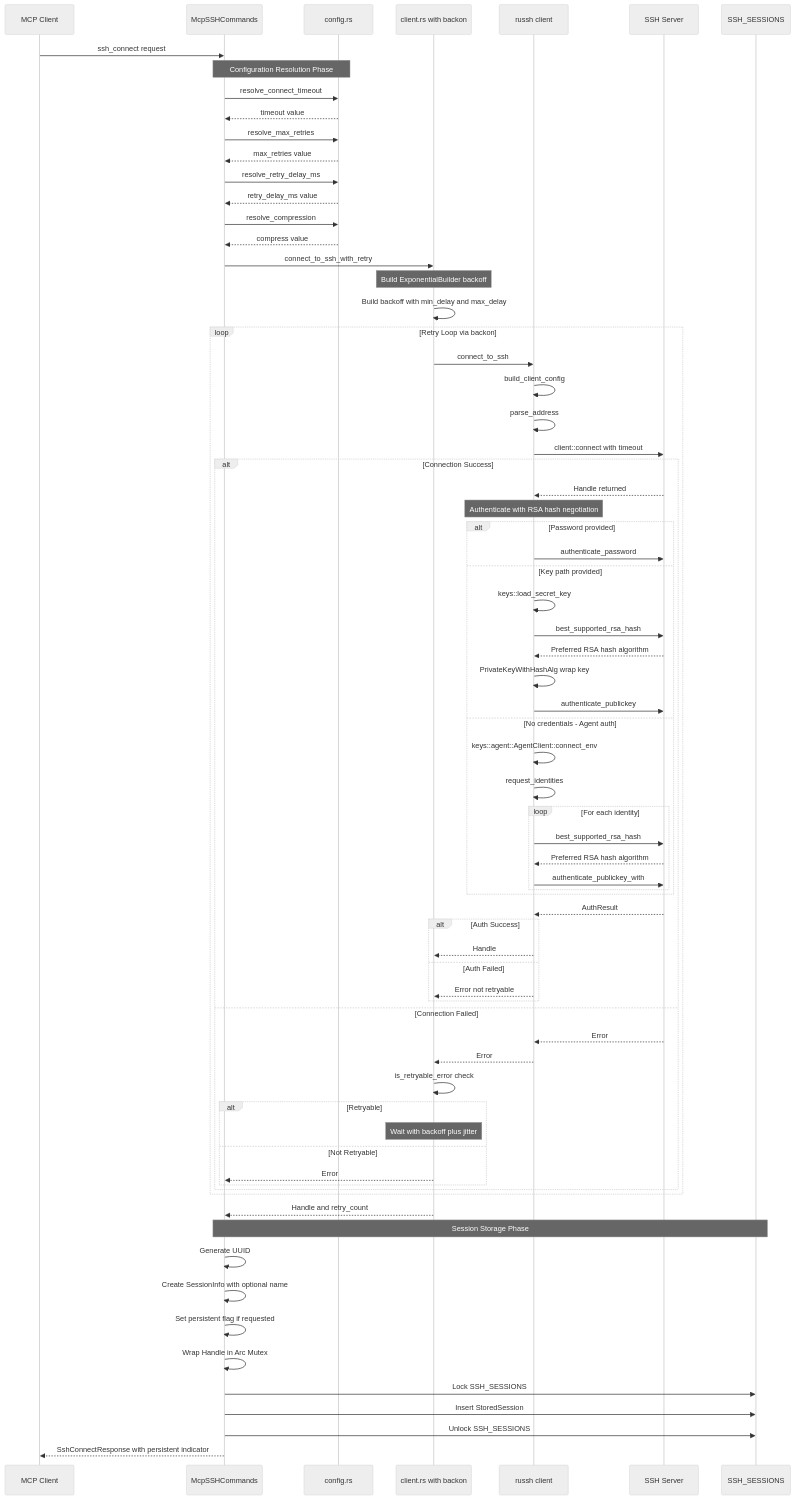
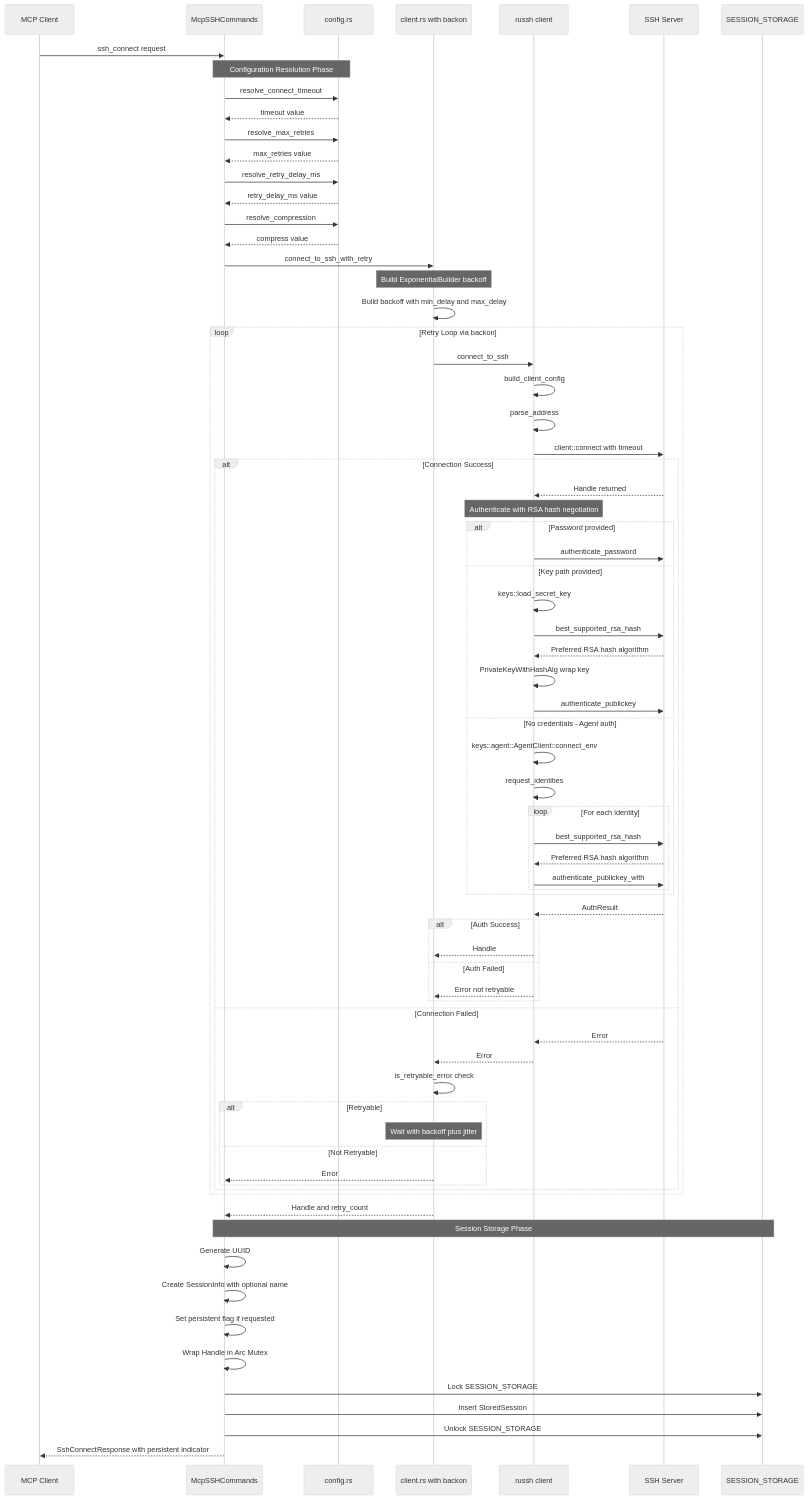
The second of 24 diagrams in docs/FLOWS.md (farchanjo/ssh-mcp), drawn with Mermaid (neutral theme) before and after one commit. The commit also changed other lines of this file and 2 other files, not shown here.

````diff
--- a/docs/FLOWS.md
+++ b/docs/FLOWS.md
@@ -88,7 +88,7 @@
     participant Retry as client.rs with backon
     participant SSH as russh client
     participant Server as SSH Server
-    participant Store as SSH_SESSIONS
+    participant Store as SESSION_STORAGE
 
     Client->>Cmd: ssh_connect request
 
@@ -157,9 +157,9 @@
     Cmd->>Cmd: Create SessionInfo with optional name
     Cmd->>Cmd: Set persistent flag if requested
     Cmd->>Cmd: Wrap Handle in Arc Mutex
-    Cmd->>Store: Lock SSH_SESSIONS
+    Cmd->>Store: Lock SESSION_STORAGE
     Cmd->>Store: Insert StoredSession
-    Cmd->>Store: Unlock SSH_SESSIONS
+    Cmd->>Store: Unlock SESSION_STORAGE
 
     Cmd-->>Client: SshConnectResponse with persistent indicator
 ```
````
